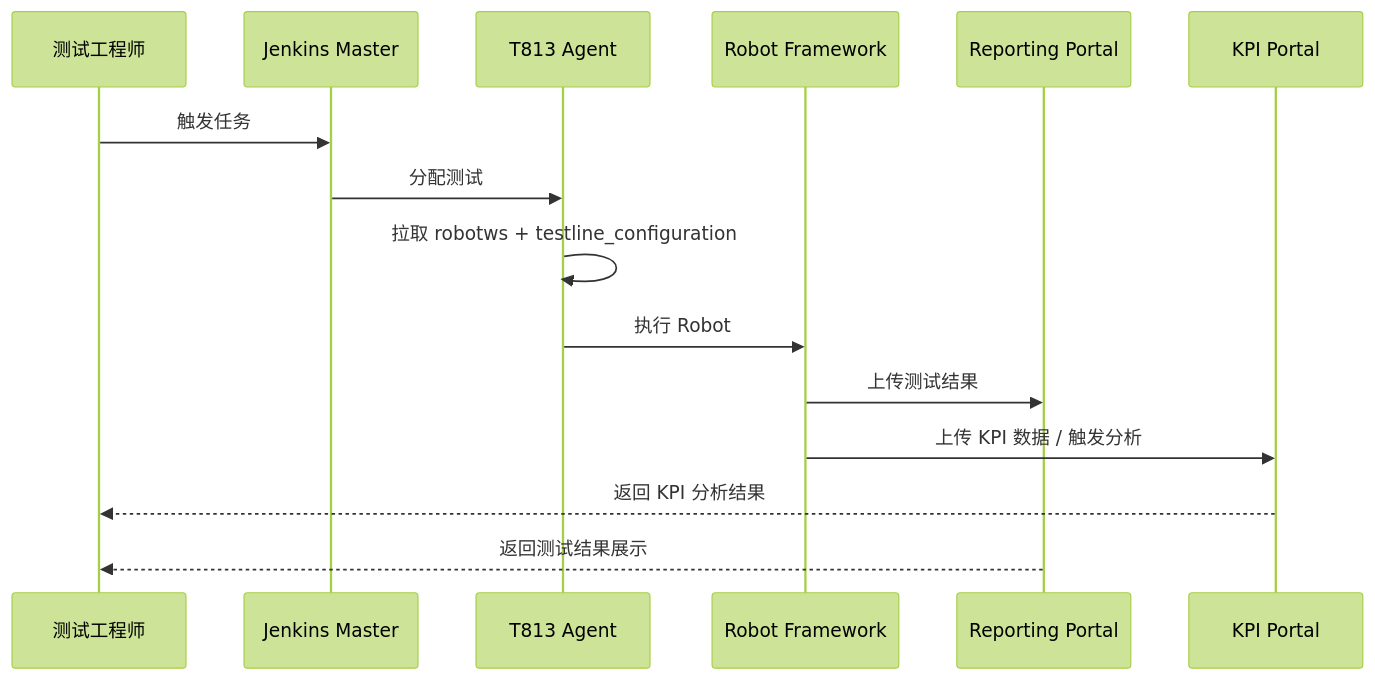
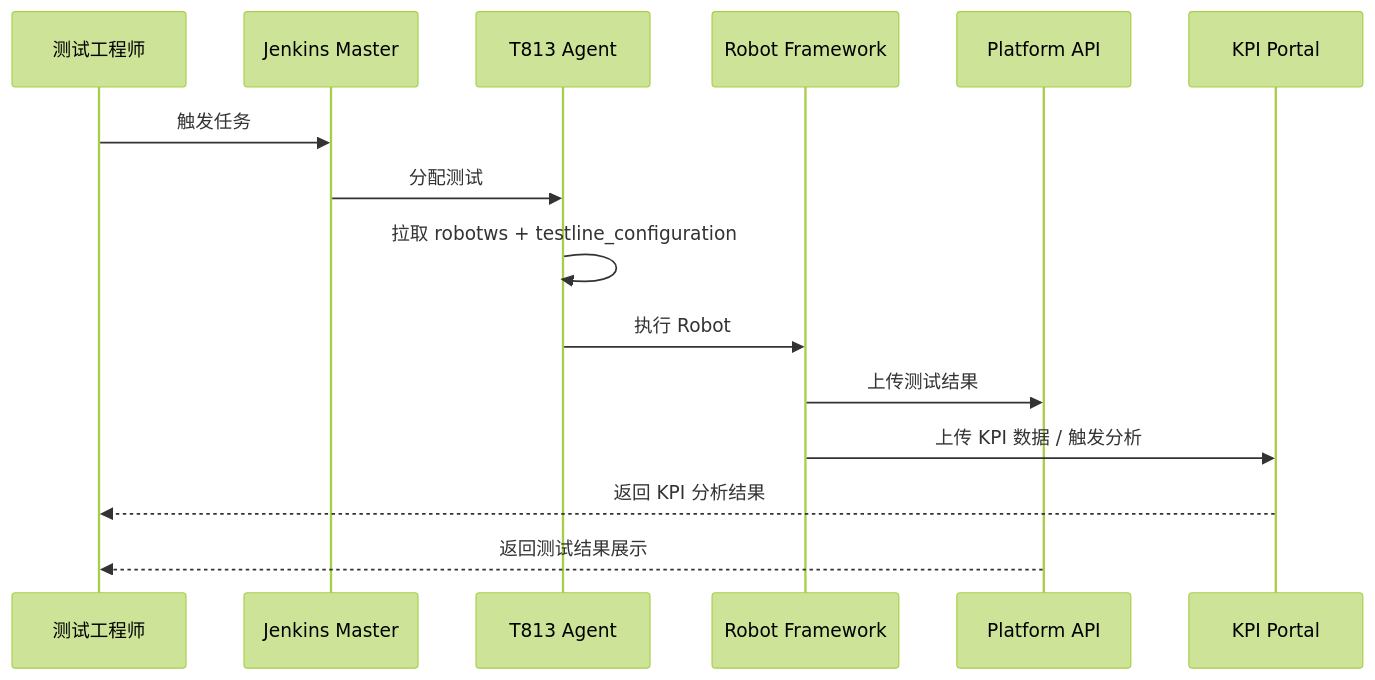
The third of 3 diagrams in docs/new_jekins_lightweight_fixed.md (stella555359/jenkins_robotframework), drawn with Mermaid (forest theme) before and after one commit. The commit also changed other lines of this file and 8 other files, not shown here.

Commit message:
rename reporting portal to flatform-api

````diff
--- a/docs/new_jekins_lightweight_fixed.md
+++ b/docs/new_jekins_lightweight_fixed.md
@@ -112,18 +112,18 @@
 ```mermaid
 sequenceDiagram
     participant User as 测试工程师
     participant Jenkins as Jenkins Master
     participant Agent as T813 Agent
     participant Robot as Robot Framework
-    participant Report as Reporting Portal
+    participant Report as Platform API
     participant Kpi as KPI Portal
 
     User->>Jenkins: 触发任务
     Jenkins->>Agent: 分配测试
     Agent->>Agent: 拉取 robotws + testline_configuration
     Agent->>Robot: 执行 Robot
     Robot->>Report: 上传测试结果
     Robot->>Kpi: 上传 KPI 数据 / 触发分析
     Kpi-->>User: 返回 KPI 分析结果
     Report-->>User: 返回测试结果展示
 ```
````
